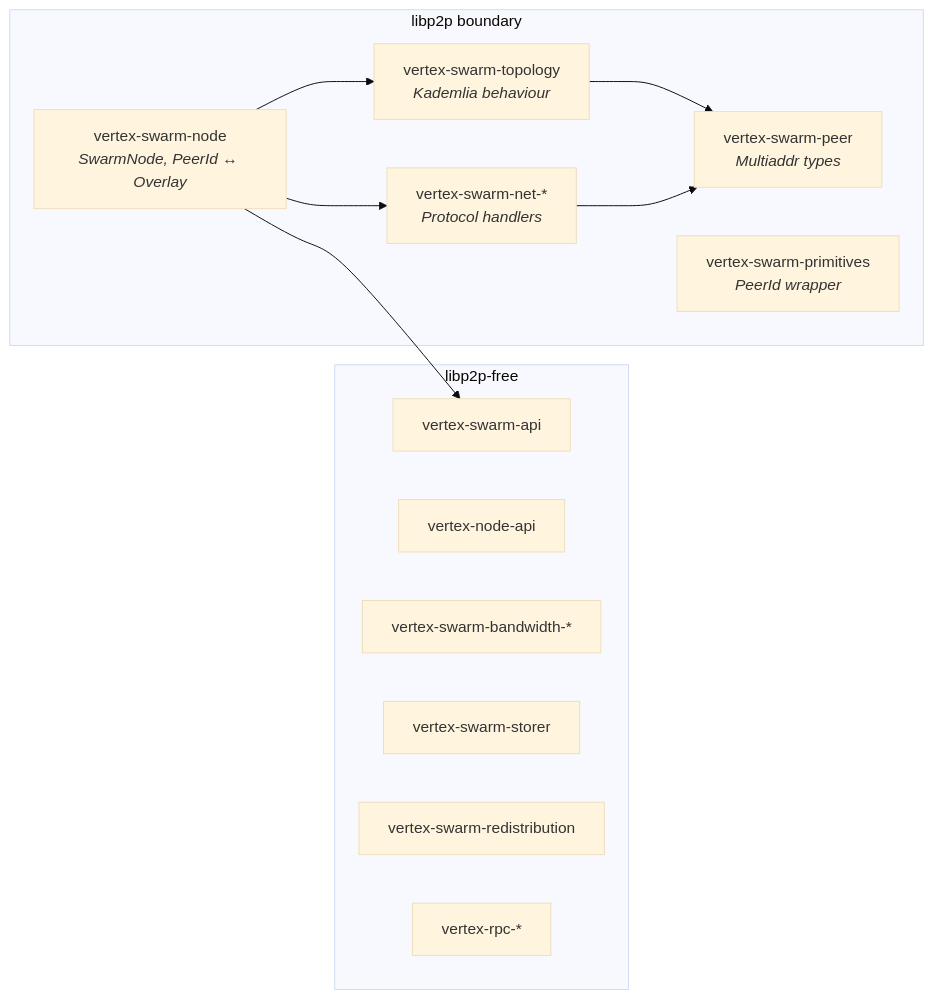
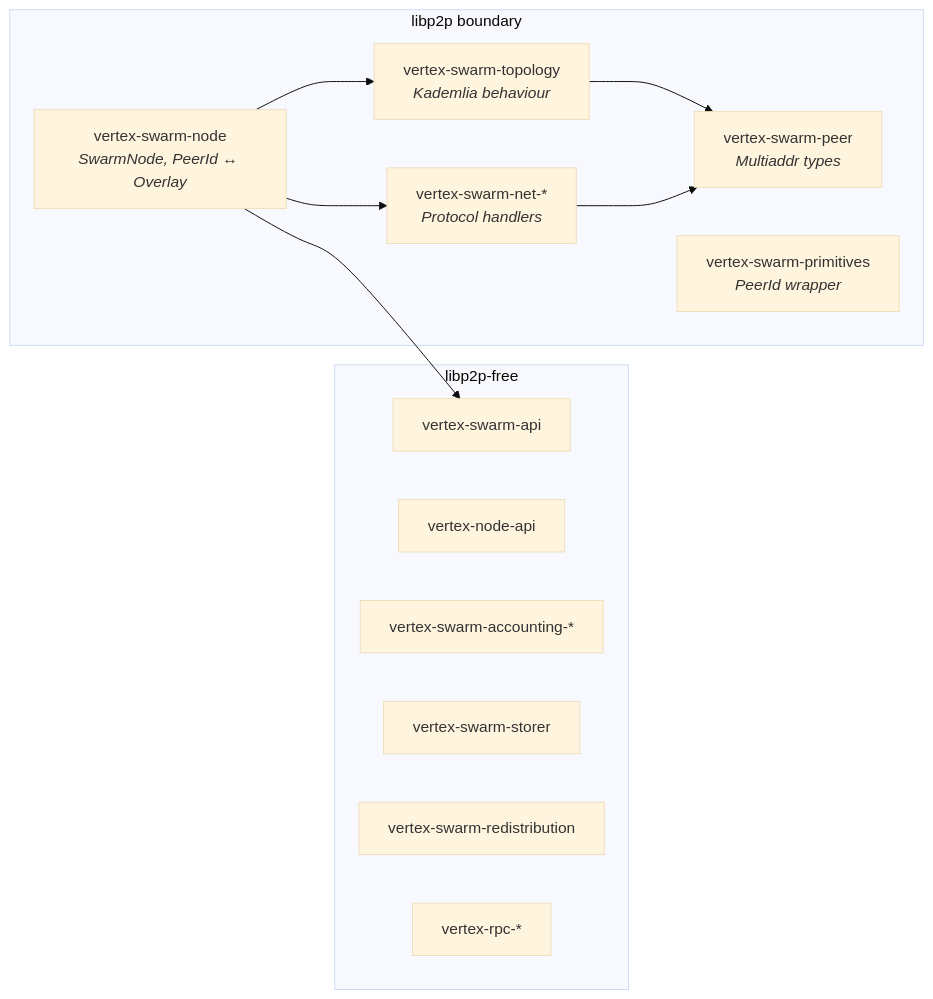
Before and after one commit to nxm-rs/vertex: the second of 3 diagrams in docs/architecture/overview.md, drawn with Mermaid (base theme). The commit also changed 61 other files, not shown here.

First line of the commit message:
refactor(accounting): rename the bandwidth crate family to accounting

````diff
--- a/docs/architecture/overview.md
+++ b/docs/architecture/overview.md
@@ -45,25 +45,25 @@
 ```mermaid
 graph LR
     subgraph "libp2p-free"
         api["vertex-swarm-api"]
         nodeapi["vertex-node-api"]
-        bandwidth["vertex-swarm-bandwidth-*"]
+        accounting["vertex-swarm-accounting-*"]
         storer["vertex-swarm-storer"]
         redistrib["vertex-swarm-redistribution"]
         rpc["vertex-rpc-*"]
     end
 
     subgraph "libp2p boundary"
         peer["vertex-swarm-peer<br/><i>Multiaddr types</i>"]
         node["vertex-swarm-node<br/><i>SwarmNode, PeerId ↔ Overlay</i>"]
         topology["vertex-swarm-topology<br/><i>Kademlia behaviour</i>"]
         protocols["vertex-swarm-net-*<br/><i>Protocol handlers</i>"]
         primitives["vertex-swarm-primitives<br/><i>PeerId wrapper</i>"]
     end
 
     node --> api
     node --> protocols
     node --> topology
     topology --> peer
     protocols --> peer
 ```
````
